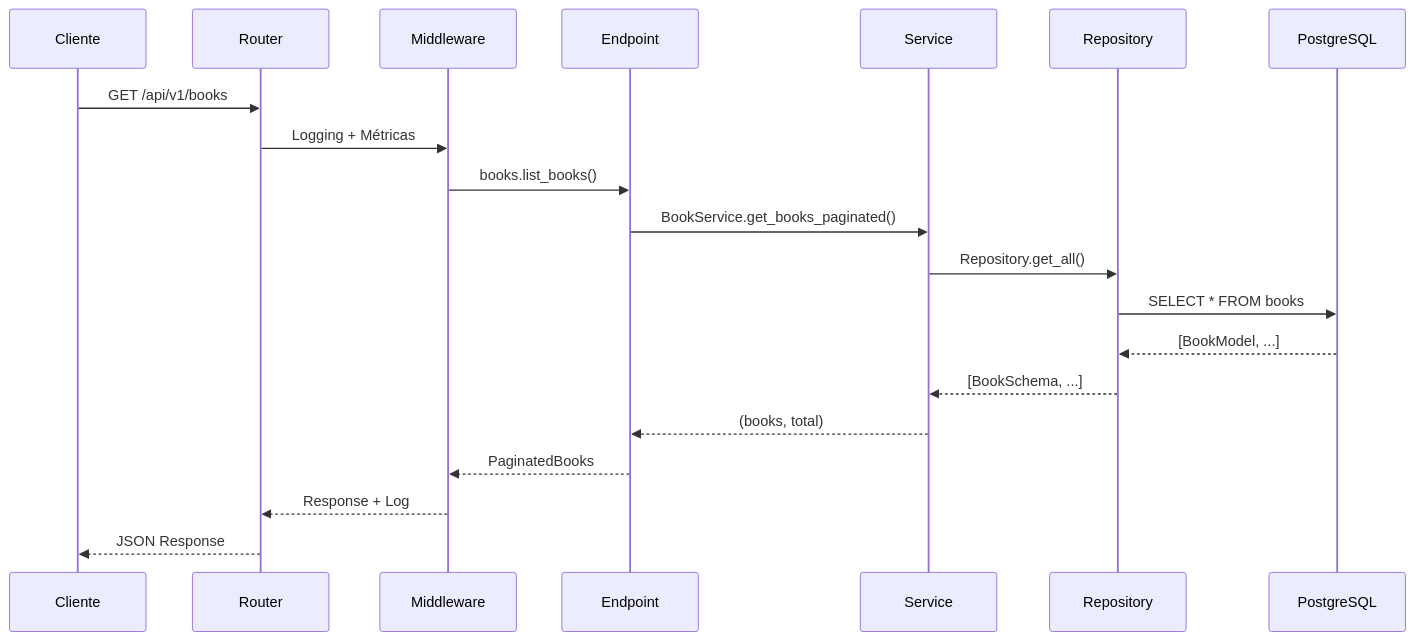
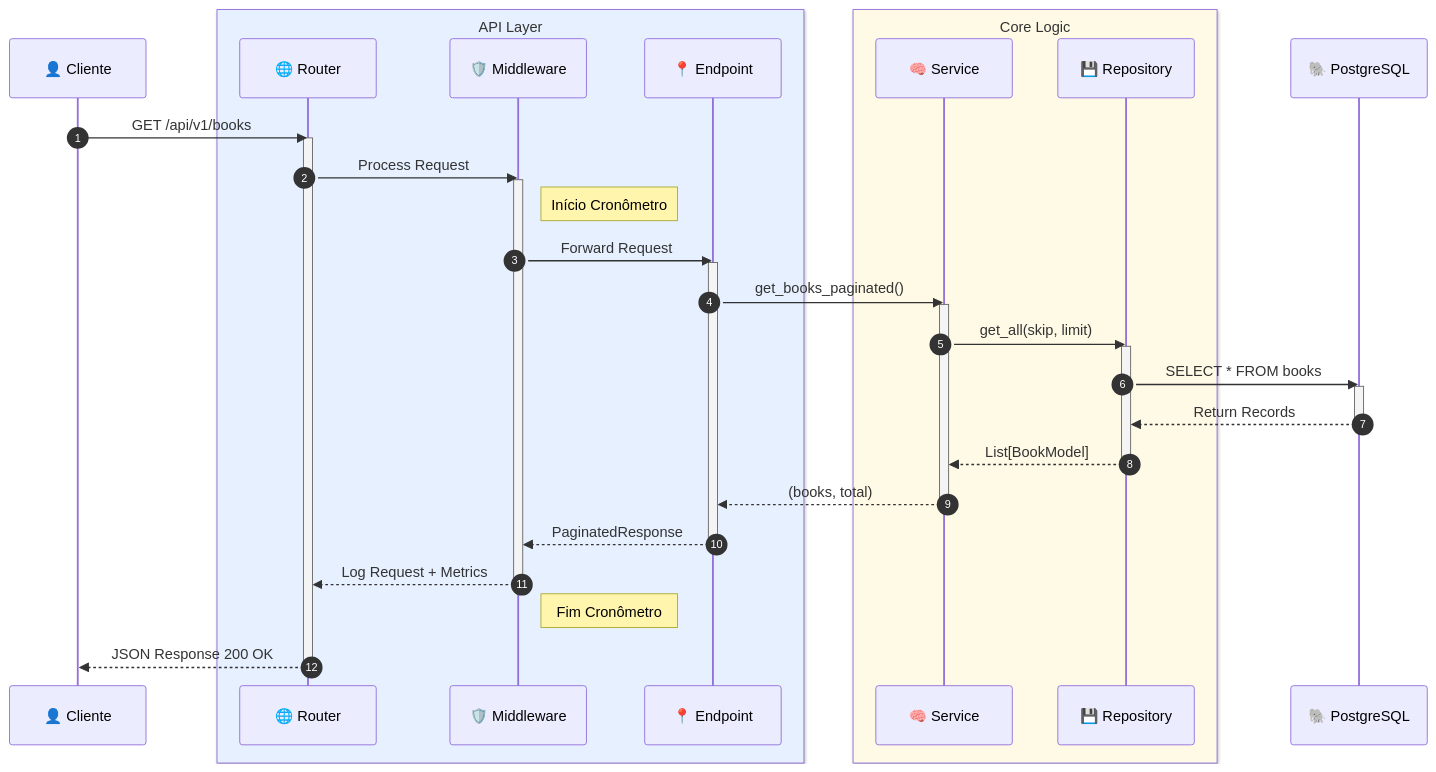
One commit to julianomont/8MLET-F1 changed the second of 3 diagrams in README.md. Above: the diagram before and after it, drawn with Mermaid.

Commit message:
docs: enhance the sequence diagram in README.md with improved detail, clarity, and visual grouping using boxes and activation blocks.

````diff
--- a/README.md
+++ b/README.md
@@ -172,23 +172,55 @@
 ```mermaid
 sequenceDiagram
-    participant C as Cliente
-    participant R as Router
-    participant M as Middleware
-    participant E as Endpoint
-    participant S as Service
-    participant D as Repository
-    participant DB as PostgreSQL
+    autonumber
+    
+    participant C as 👤 Cliente
+    
+    box rgb(230, 240, 255) API Layer
+    participant R as 🌐 Router
+    participant M as 🛡️ Middleware
+    participant E as 📍 Endpoint
+    end
+
+    box rgb(255, 250, 230) Core Logic
+    participant S as 🧠 Service
+    participant D as 💾 Repository
+    end
+
+    participant DB as 🐘 PostgreSQL
 
     C->>R: GET /api/v1/books
-    R->>M: Logging + Métricas
-    M->>E: books.list_books()
-    E->>S: BookService.get_books_paginated()
-    S->>D: Repository.get_all()
+    activate R
+    R->>M: Process Request
+    activate M
+    note right of M: Início Cronômetro
+    
+    M->>E: Forward Request
+    activate E
+    
+    E->>S: get_books_paginated()
+    activate S
+    
+    S->>D: get_all(skip, limit)
+    activate D
+    
     D->>DB: SELECT * FROM books
-    DB-->>D: [BookModel, ...]
-    D-->>S: [BookSchema, ...]
+    activate DB
+    DB-->>D: Return Records
+    deactivate DB
+    
+    D-->>S: List[BookModel]
+    deactivate D
+    
     S-->>E: (books, total)
-    E-->>M: PaginatedBooks
-    M-->>R: Response + Log
-    R-->>C: JSON Response
+    deactivate S
+    
+    E-->>M: PaginatedResponse
+    deactivate E
+    
+    M-->>R: Log Request + Metrics
+    deactivate M
+    note right of M: Fim Cronômetro
+    
+    R-->>C: JSON Response 200 OK
+    deactivate R
 ```
````
